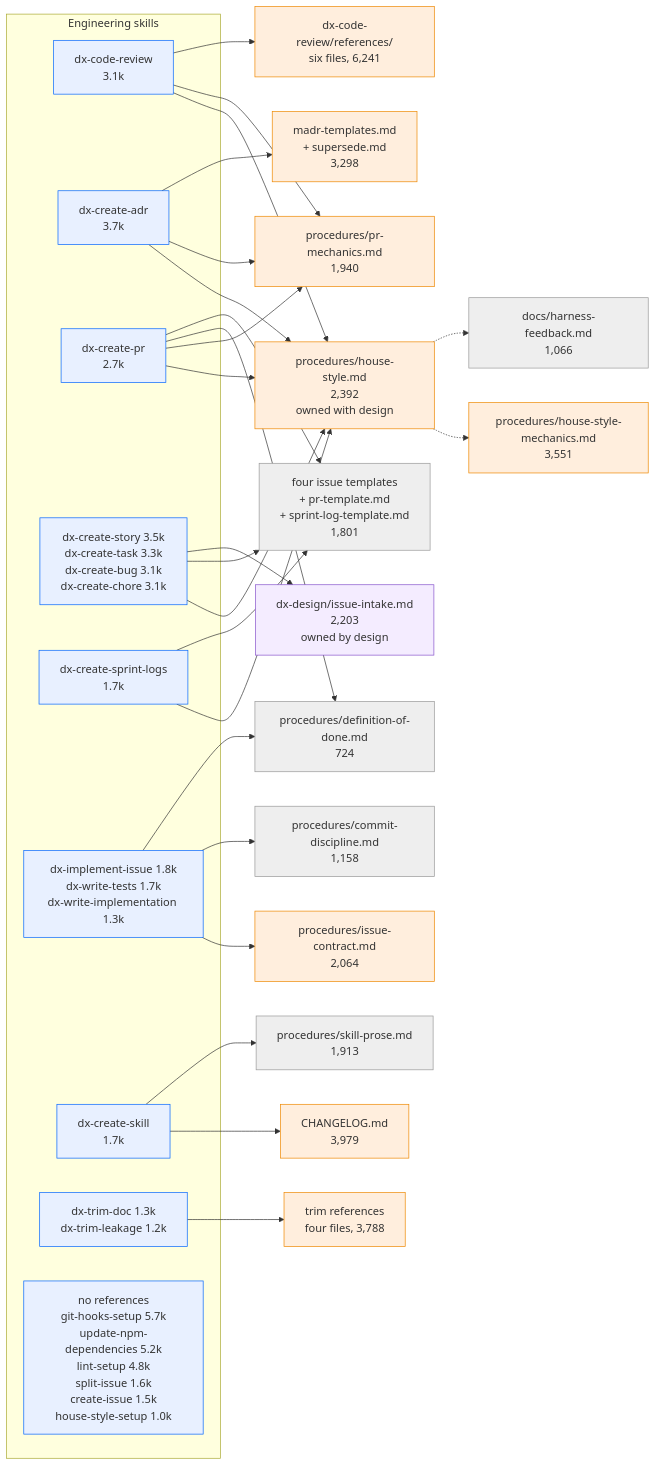
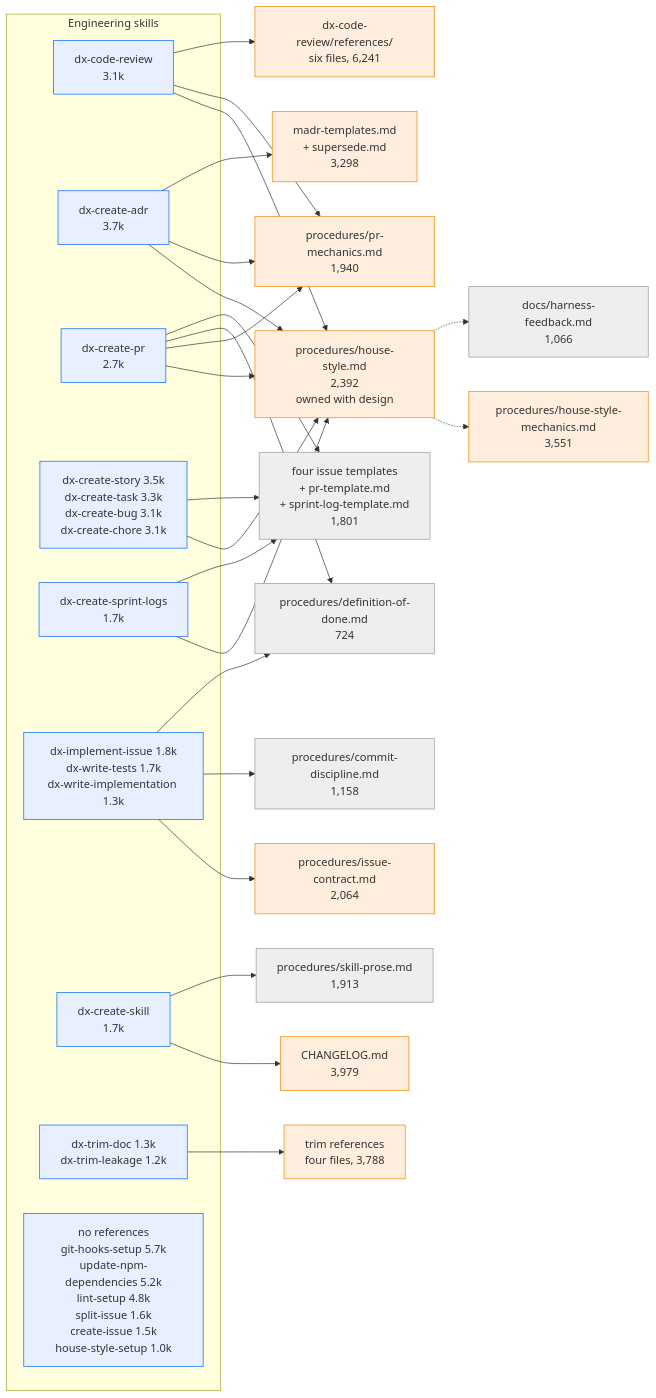
The diagram in plugins/dx-harness/docs/token-budget-engineering.md (transformteamsg/dx-harness), drawn with Mermaid before and after one commit. The commit also changed other lines of this file and 6 other files, not shown here.

Commit message:
refactor(`dx-design`): trim the front door and delete the orphaned intake file (#527)

````diff
--- a/plugins/dx-harness/docs/token-budget-engineering.md
+++ b/plugins/dx-harness/docs/token-budget-engineering.md
@@ -63,62 +62,58 @@
 ```mermaid
 graph LR
   subgraph SKILLS["Engineering skills"]
     CR["dx-code-review<br/>3.1k"]
     ADR["dx-create-adr<br/>3.7k"]
     PR["dx-create-pr<br/>2.7k"]
     ISSUES["dx-create-story 3.5k<br/>dx-create-task 3.3k<br/>dx-create-bug 3.1k<br/>dx-create-chore 3.1k"]
     SPRINT["dx-create-sprint-logs<br/>1.7k"]
     IMPL["dx-implement-issue 1.8k<br/>dx-write-tests 1.7k<br/>dx-write-implementation 1.3k"]
     MKSKILL["dx-create-skill<br/>1.7k"]
     TRIM["dx-trim-doc 1.3k<br/>dx-trim-leakage 1.2k"]
     SELF["no references<br/>git-hooks-setup 5.7k<br/>update-npm-dependencies 5.2k<br/>lint-setup 4.8k<br/>split-issue 1.6k<br/>create-issue 1.5k<br/>house-style-setup 1.0k"]
   end
 
   HS["procedures/house-style.md<br/>2,392<br/>owned with design"]
   HSM["procedures/house-style-mechanics.md<br/>3,551"]
   FDBK["docs/harness-feedback.md<br/>1,066"]
   PRM["procedures/pr-mechanics.md<br/>1,940"]
   ISSC["procedures/issue-contract.md<br/>2,064"]
   COMMIT["procedures/commit-discipline.md<br/>1,158"]
   DOD["procedures/definition-of-done.md<br/>724"]
   SKP["procedures/skill-prose.md<br/>1,913"]
   CHG["CHANGELOG.md<br/>3,979"]
-  INTAKE["dx-design/issue-intake.md<br/>2,203<br/>owned by design"]
   CRREF["dx-code-review/references/<br/>six files, 6,241"]
   ADRREF["madr-templates.md<br/>+ supersede.md<br/>3,298"]
   TPL["four issue templates<br/>+ pr-template.md<br/>+ sprint-log-template.md<br/>1,801"]
   TRIMREF["trim references<br/>four files, 3,788"]
 
   CR --> HS
   CR --> PRM
   CR --> CRREF
   ADR --> HS
   ADR --> PRM
   ADR --> ADRREF
   PR --> HS
   PR --> PRM
   PR --> DOD
   PR --> TPL
   ISSUES --> HS
   ISSUES --> TPL
-  ISSUES --> INTAKE
   SPRINT --> HS
   SPRINT --> TPL
   IMPL --> ISSC
   IMPL --> COMMIT
   IMPL --> DOD
   MKSKILL --> CHG
   MKSKILL --> SKP
   TRIM --> TRIMREF
   HS -.-> HSM
   HS -.-> FDBK
 
   classDef warm fill:#fed,stroke:#e80
   classDef cool fill:#eee,stroke:#999
   classDef skill fill:#e8f0ff,stroke:#0064ff
-  classDef ext fill:#f4ecff,stroke:#8855cc
   class HS,HSM,PRM,ISSC,CHG,CRREF,ADRREF,TRIMREF warm
   class FDBK,COMMIT,DOD,SKP,TPL cool
-  class INTAKE ext
   class CR,ADR,PR,ISSUES,SPRINT,IMPL,MKSKILL,TRIM,SELF skill
 ```
````
